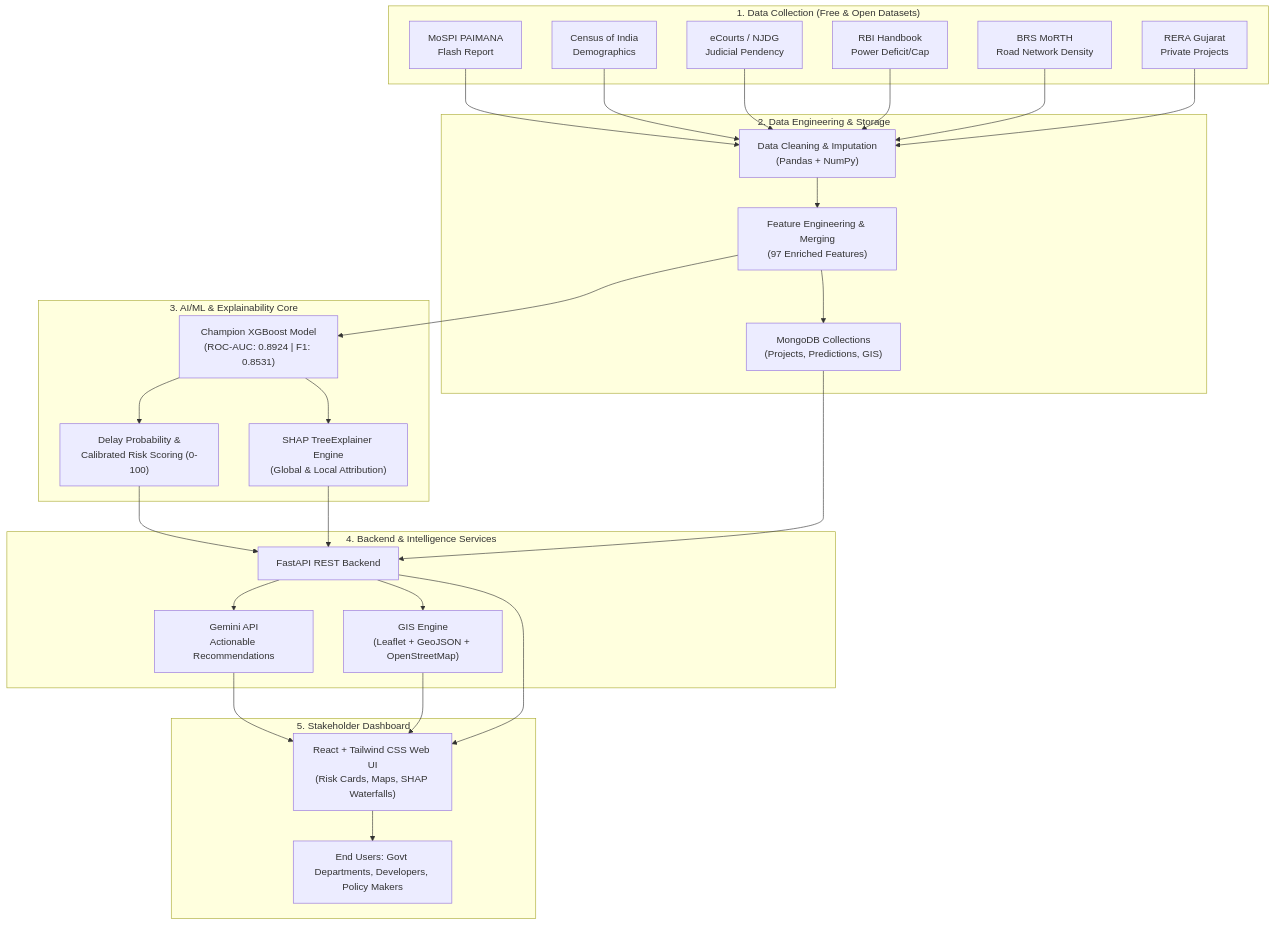
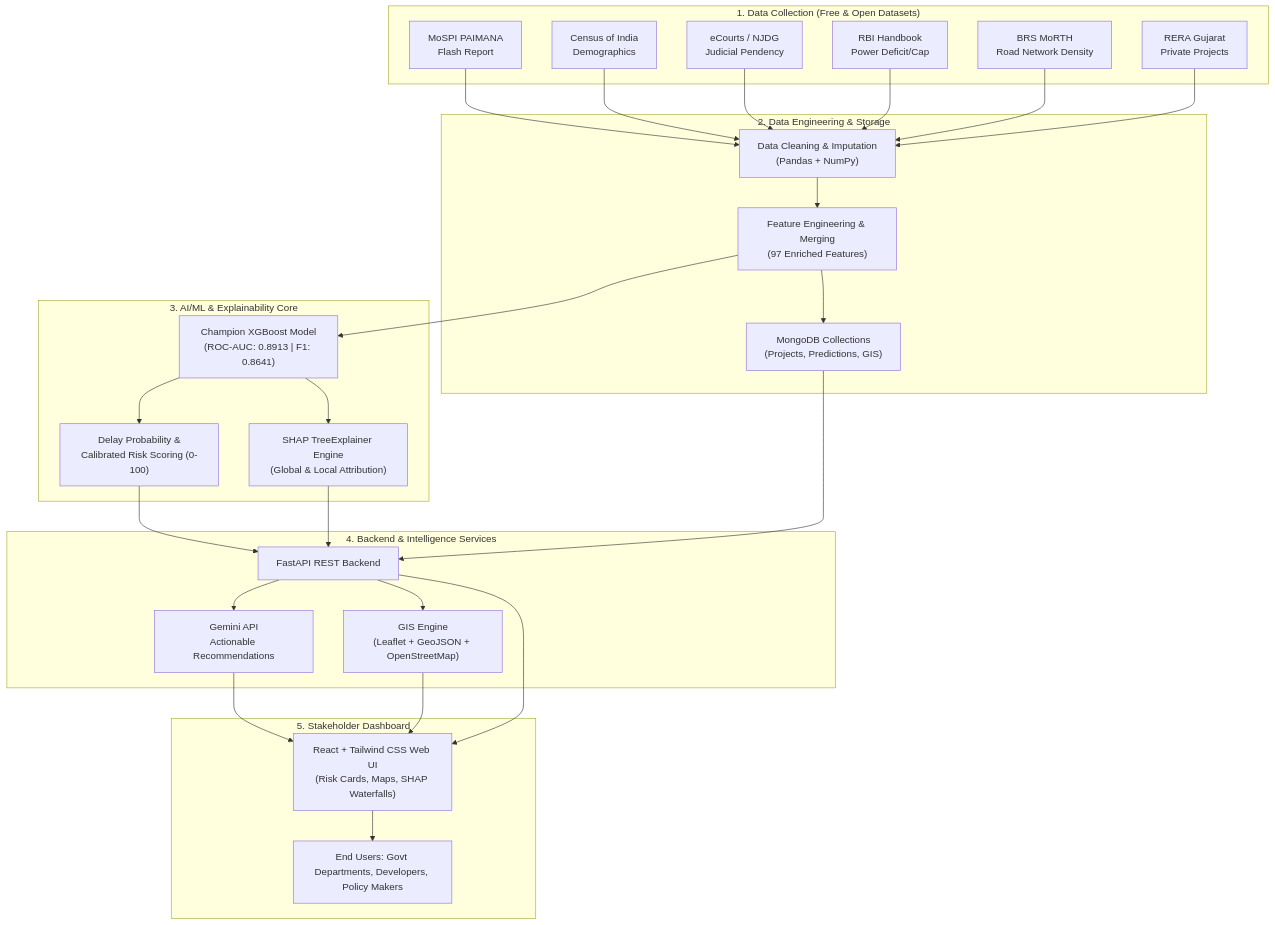
Before and after one commit to rabiyabushra/RiskGuard: the diagram in README.md, drawn with Mermaid. The commit also changed other lines of this file and 2 other files, not shown here.

````diff
--- a/README.md
+++ b/README.md
@@ -28,42 +28,42 @@
 ```mermaid
 flowchart TD
     subgraph Data_Sources ["1. Data Collection (Free & Open Datasets)"]
         D1["MoSPI PAIMANA<br/>Flash Report"]
         D2["Census of India<br/>Demographics"]
         D3["eCourts / NJDG<br/>Judicial Pendency"]
         D4["RBI Handbook<br/>Power Deficit/Cap"]
         D5["BRS MoRTH<br/>Road Network Density"]
         D6["RERA Gujarat<br/>Private Projects"]
     end
 
     subgraph Processing ["2. Data Engineering & Storage"]
         P1["Data Cleaning & Imputation<br/>(Pandas + NumPy)"]
         P2["Feature Engineering & Merging<br/>(97 Enriched Features)"]
         P3["MongoDB Collections<br/>(Projects, Predictions, GIS)"]
     end
 
     subgraph Backend_ML ["3. AI/ML & Explainability Core"]
-        M1["Champion XGBoost Model<br/>(ROC-AUC: 0.8924 | F1: 0.8531)"]
+        M1["Champion XGBoost Model<br/>(ROC-AUC: 0.8913 | F1: 0.8641)"]
         M2["Delay Probability &<br/>Calibrated Risk Scoring (0-100)"]
         M3["SHAP TreeExplainer Engine<br/>(Global & Local Attribution)"]
     end
 
     subgraph Services ["4. Backend & Intelligence Services"]
         API["FastAPI REST Backend"]
         LLM["Gemini API<br/>Actionable Recommendations"]
         GIS["GIS Engine<br/>(Leaflet + GeoJSON + OpenStreetMap)"]
     end
 
     subgraph UI ["5. Stakeholder Dashboard"]
         FE["React + Tailwind CSS Web UI<br/>(Risk Cards, Maps, SHAP Waterfalls)"]
         Users["End Users: Govt Departments, Developers, Policy Makers"]
     end
 
     D1 & D2 & D3 & D4 & D5 & D6 --> P1 --> P2 --> P3
     P2 --> M1 --> M2 --> API
     M1 --> M3 --> API
     P3 --> API
     API --> LLM --> FE
     API --> GIS --> FE
     API --> FE --> Users
 ```
````
